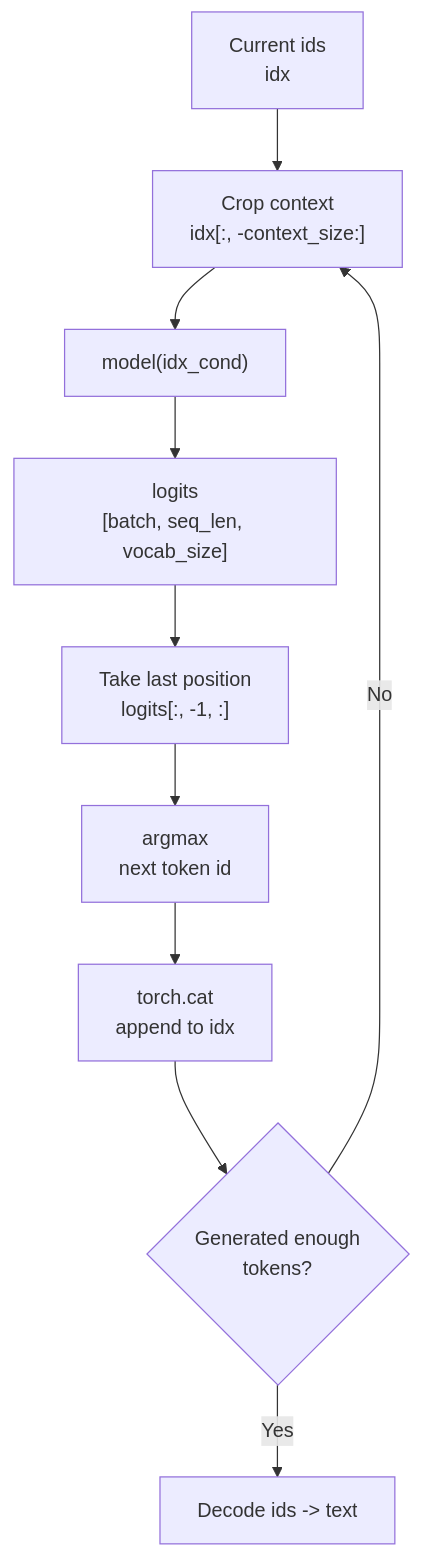
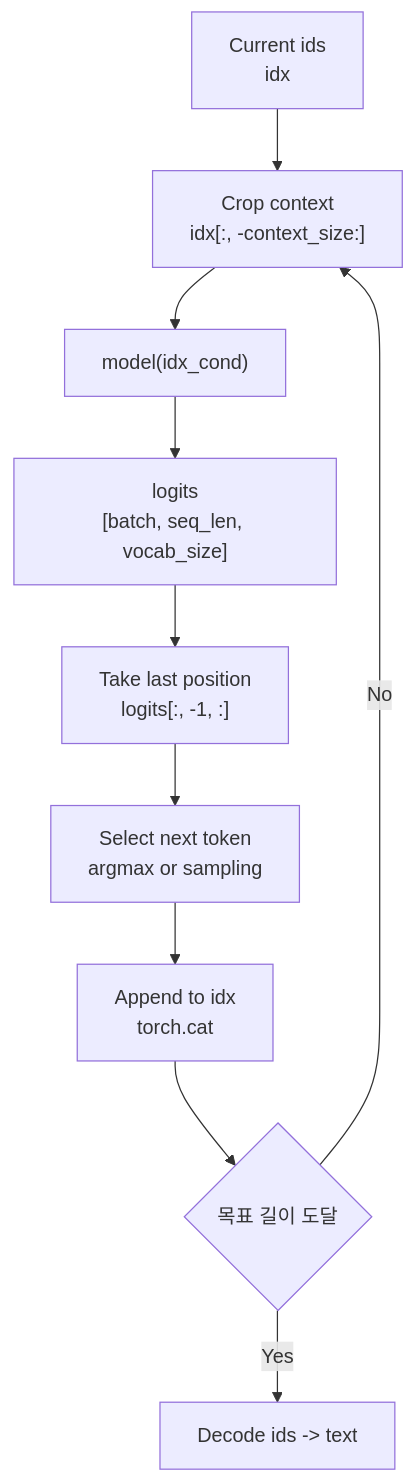
The fourth of 5 diagrams in docs/diagrams/Chapter_4_Excercise_GPT.md (boslbosl/ai-specialist-26-language), drawn with Mermaid before and after one commit. The commit also changed other lines of this file and 10 other files, not shown here.

Commit message:
Add diagrams for chapters through chapter 7

````diff
--- a/docs/diagrams/Chapter_4_Excercise_GPT.md
+++ b/docs/diagrams/Chapter_4_Excercise_GPT.md
@@ -79,12 +54,12 @@
 ```mermaid
 flowchart TD
     A["Current ids<br/>idx"] --> B["Crop context<br/>idx[:, -context_size:]"]
     B --> C["model(idx_cond)"]
     C --> D["logits<br/>[batch, seq_len, vocab_size]"]
     D --> E["Take last position<br/>logits[:, -1, :]"]
-    E --> F["argmax<br/>next token id"]
-    F --> G["torch.cat<br/>append to idx"]
-    G --> H{"Generated enough<br/>tokens?"}
+    E --> F["Select next token<br/>argmax or sampling"]
+    F --> G["Append to idx<br/>torch.cat"]
+    G --> H{"목표 길이 도달"}
     H -- "No" --> B
     H -- "Yes" --> I["Decode ids -> text"]
 ```
````
